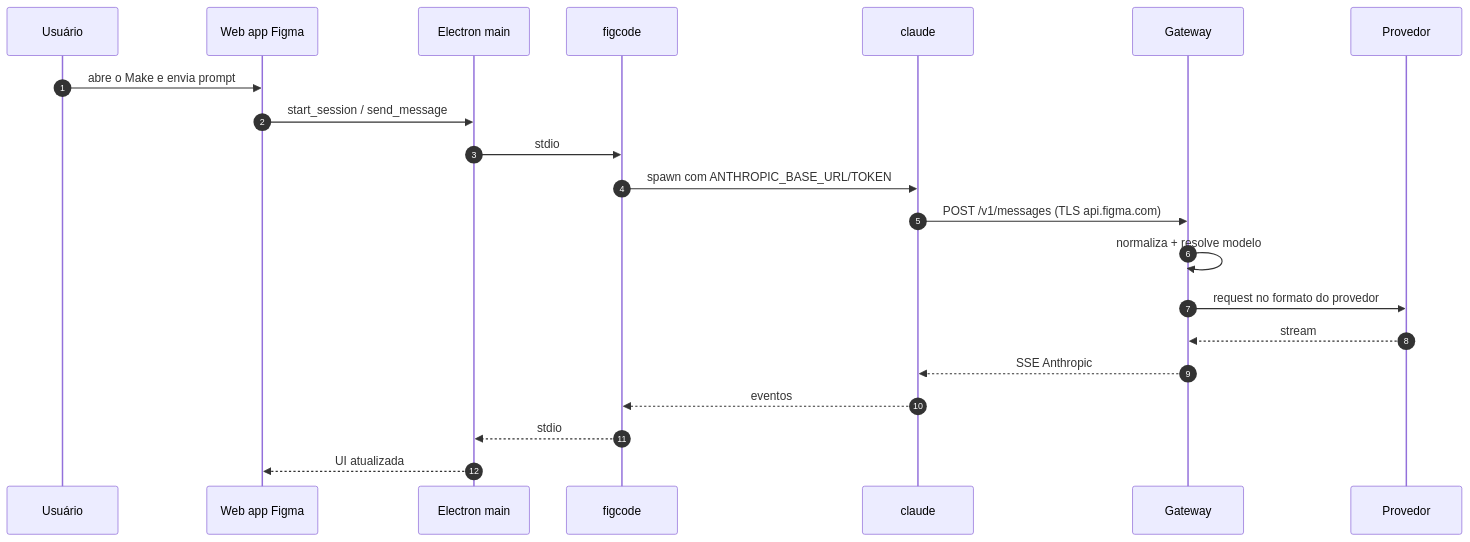
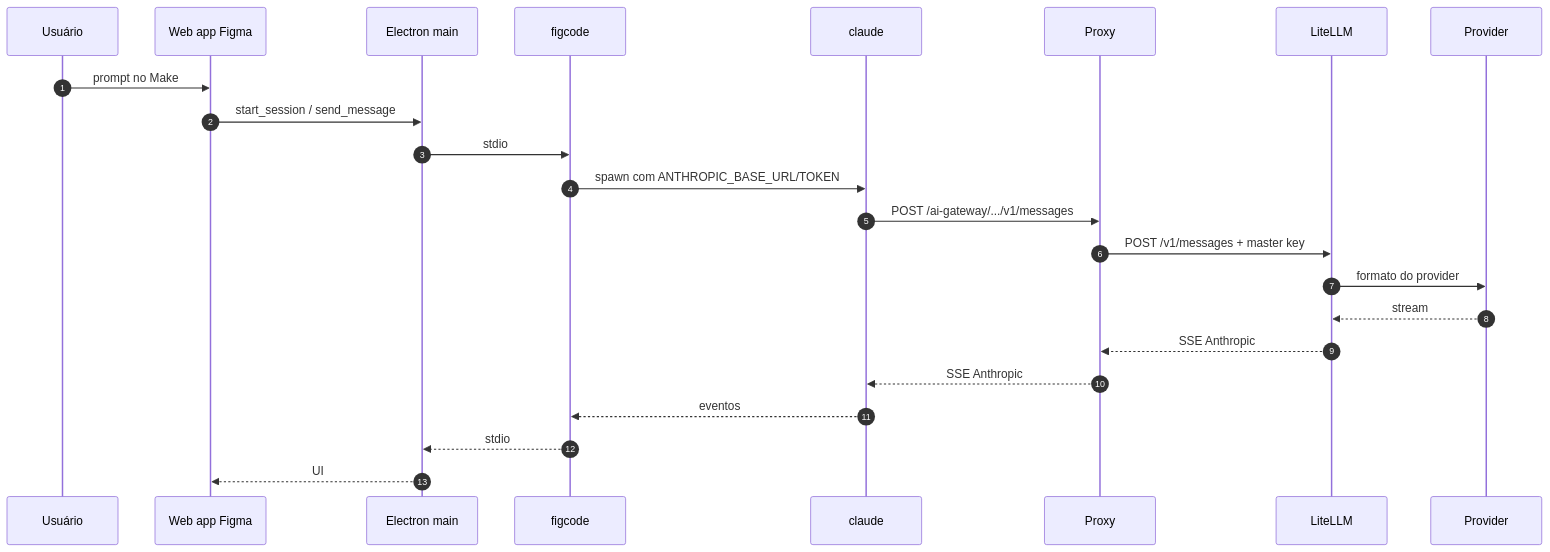
The second of 2 diagrams in docs/figma-gateway-integration.md (marcos2872/frank-figma-gateway), drawn with Mermaid before and after one commit. The commit also changed other lines of this file and 9 other files, not shown here.

````diff
--- a/docs/figma-gateway-integration.md
+++ b/docs/figma-gateway-integration.md
@@ -44,24 +50,26 @@
 ```mermaid
 sequenceDiagram
     autonumber
     participant U as Usuário
     participant W as Web app Figma
     participant M as Electron main
     participant F as figcode
     participant C as claude
-    participant G as Gateway
-    participant P as Provedor
+    participant P as Proxy
+    participant L as LiteLLM
+    participant X as Provider
 
-    U->>W: abre o Make e envia prompt
+    U->>W: prompt no Make
     W->>M: start_session / send_message
     M->>F: stdio
     F->>C: spawn com ANTHROPIC_BASE_URL/TOKEN
-    C->>G: POST /v1/messages (TLS api.figma.com)
-    G->>G: normaliza + resolve modelo
-    G->>P: request no formato do provedor
-    P-->>G: stream
-    G-->>C: SSE Anthropic
+    C->>P: POST /ai-gateway/.../v1/messages
+    P->>L: POST /v1/messages + master key
+    L->>X: formato do provider
+    X-->>L: stream
+    L-->>P: SSE Anthropic
+    P-->>C: SSE Anthropic
     C-->>F: eventos
     F-->>M: stdio
-    M-->>W: UI atualizada
+    M-->>W: UI
 ```
````
